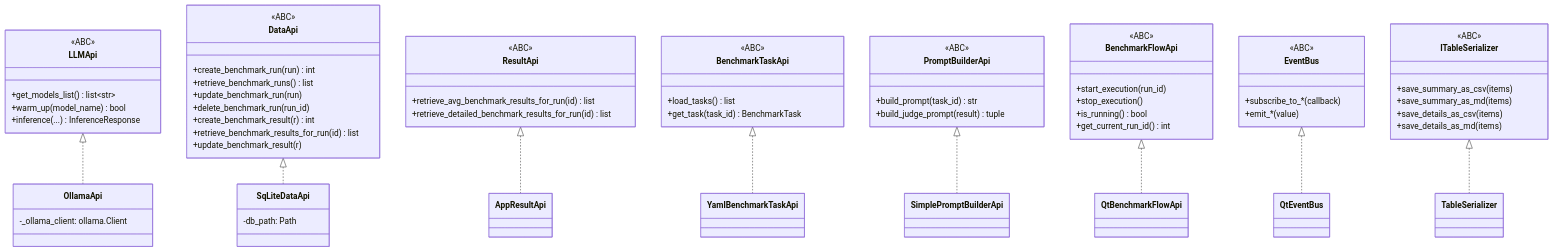
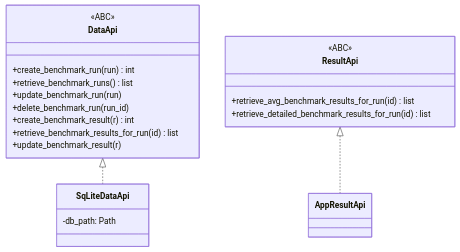
Before and after one commit to sanyokkua/ollama_llm_bench: the second of 6 diagrams in docs/services-reference.md, drawn with Mermaid. The commit also changed other lines of this file and 202 other files, not shown here.

````diff
--- a/docs/services-reference.md
+++ b/docs/services-reference.md
@@ -8,80 +43,25 @@
 ```mermaid
 classDiagram
-    class LLMApi {
-        <<ABC>>
-        +get_models_list() list~str~
-        +warm_up(model_name) bool
-        +inference(...) InferenceResponse
-    }
-    class OllamaApi {
-        -_ollama_client: ollama.Client
-    }
-    LLMApi <|.. OllamaApi
-
     class DataApi {
         <<ABC>>
         +create_benchmark_run(run) int
         +retrieve_benchmark_runs() list
         +update_benchmark_run(run)
         +delete_benchmark_run(run_id)
         +create_benchmark_result(r) int
         +retrieve_benchmark_results_for_run(id) list
         +update_benchmark_result(r)
     }
     class SqLiteDataApi {
         -db_path: Path
     }
     DataApi <|.. SqLiteDataApi
 
     class ResultApi {
         <<ABC>>
         +retrieve_avg_benchmark_results_for_run(id) list
         +retrieve_detailed_benchmark_results_for_run(id) list
     }
     class AppResultApi
     ResultApi <|.. AppResultApi
-
-    class BenchmarkTaskApi {
-        <<ABC>>
-        +load_tasks() list
-        +get_task(task_id) BenchmarkTask
-    }
-    class YamlBenchmarkTaskApi
-    BenchmarkTaskApi <|.. YamlBenchmarkTaskApi
-
-    class PromptBuilderApi {
-        <<ABC>>
-        +build_prompt(task_id) str
-        +build_judge_prompt(result) tuple
-    }
-    class SimplePromptBuilderApi
-    PromptBuilderApi <|.. SimplePromptBuilderApi
-
-    class BenchmarkFlowApi {
-        <<ABC>>
-        +start_execution(run_id)
-        +stop_execution()
-        +is_running() bool
-        +get_current_run_id() int
-    }
-    class QtBenchmarkFlowApi
-    BenchmarkFlowApi <|.. QtBenchmarkFlowApi
-
-    class EventBus {
-        <<ABC>>
-        +subscribe_to_*(callback)
-        +emit_*(value)
-    }
-    class QtEventBus
-    EventBus <|.. QtEventBus
-
-    class ITableSerializer {
-        <<ABC>>
-        +save_summary_as_csv(items)
-        +save_summary_as_md(items)
-        +save_details_as_csv(items)
-        +save_details_as_md(items)
-    }
-    class TableSerializer
-    ITableSerializer <|.. TableSerializer
 ```
````
